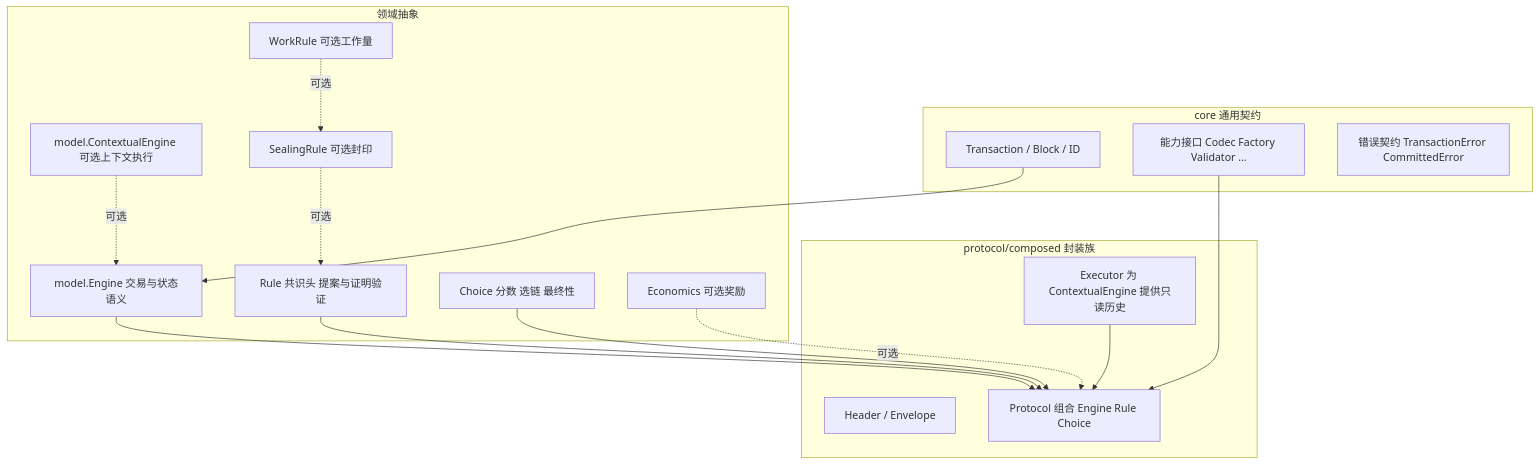
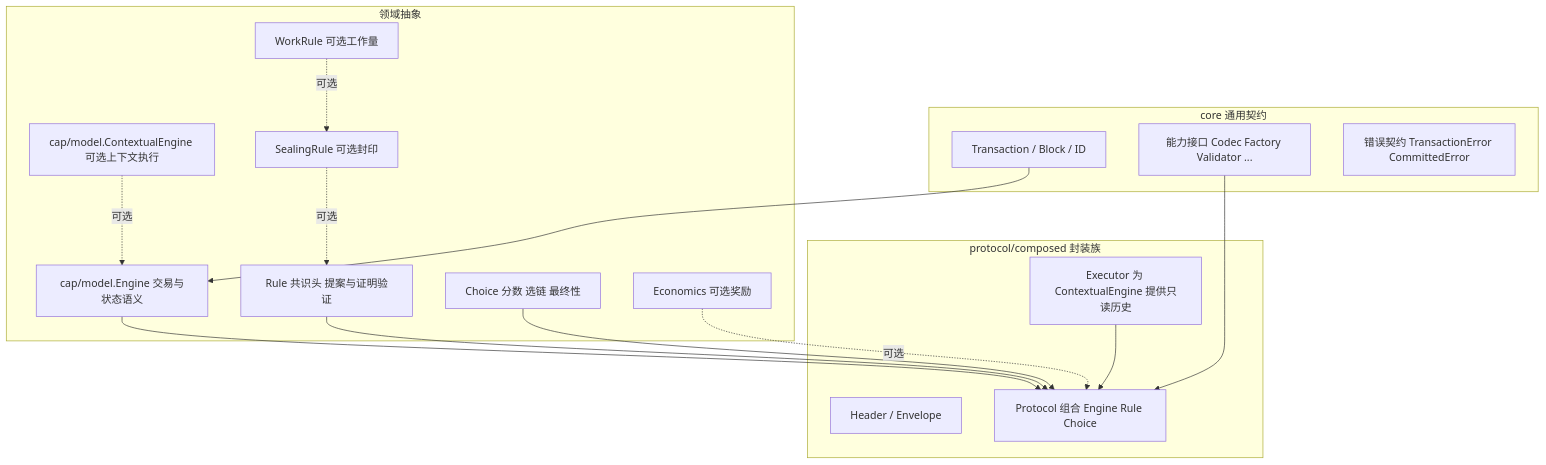
Before and after one commit to lengzhao/GoChainKit: the diagram in docs/composed-abstraction.md, drawn with Mermaid. The commit also changed other lines of this file and 68 other files, not shown here.

````diff
--- a/docs/composed-abstraction.md
+++ b/docs/composed-abstraction.md
@@ -7,35 +7,35 @@
 ```mermaid
 flowchart TD
     subgraph core[core 通用契约]
         TX[Transaction / Block / ID]
         CAP[能力接口 Codec Factory Validator ...]
         ERR[错误契约 TransactionError CommittedError]
     end
 
     subgraph domain[领域抽象]
-        ENG[model.Engine 交易与状态语义]
-        CTXENG[model.ContextualEngine 可选上下文执行]
+        ENG[cap/model.Engine 交易与状态语义]
+        CTXENG[cap/model.ContextualEngine 可选上下文执行]
         RULE[Rule 共识头 提案与证明验证]
         CHOICE[Choice 分数 选链 最终性]
         SEAL[SealingRule 可选封印]
         WORK[WorkRule 可选工作量]
         ECON[Economics 可选奖励]
     end
 
     subgraph composed[protocol/composed 封装族]
         HDR[Header / Envelope]
         PROTO[Protocol 组合 Engine Rule Choice]
         EXEC[Executor 为 ContextualEngine 提供只读历史]
     end
 
     TX --> ENG
     CAP --> PROTO
     ENG --> PROTO
     RULE --> PROTO
     CHOICE --> PROTO
     SEAL -. 可选 .-> RULE
     WORK -. 可选 .-> SEAL
     ECON -. 可选 .-> PROTO
     CTXENG -. 可选 .-> ENG
     EXEC --> PROTO
 ```
````
